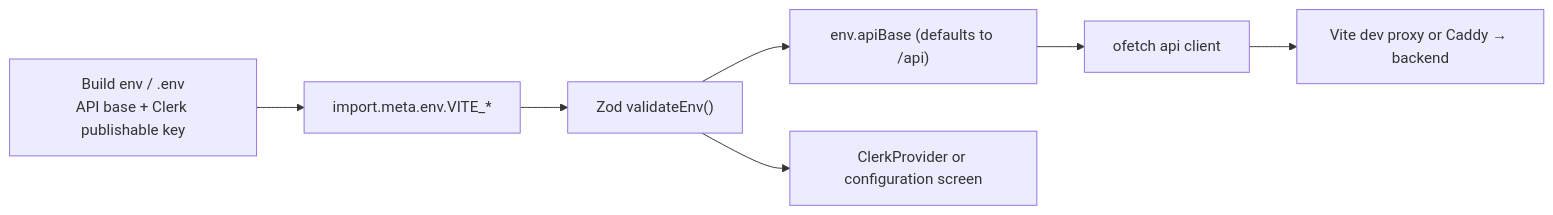
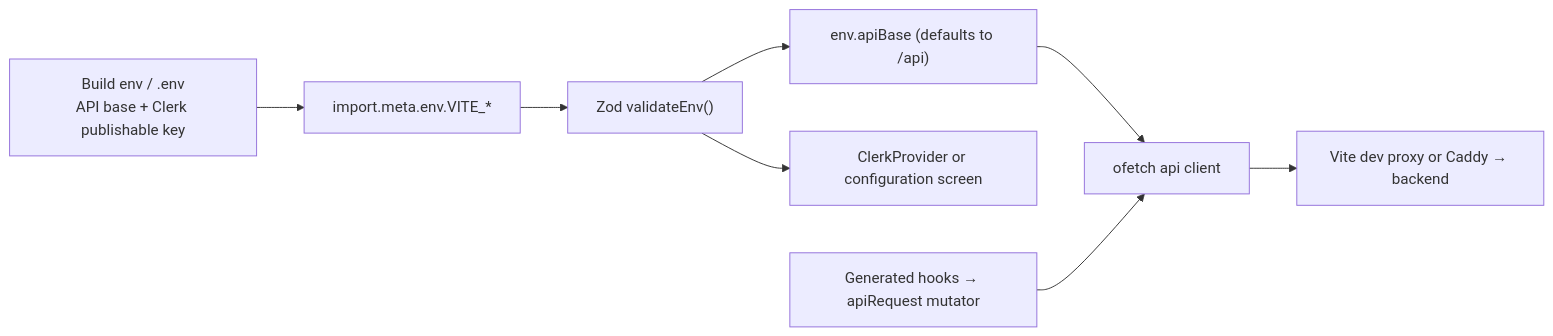
One commit to johnakisk0700/slopform changed the diagram in docs/frontend.md. Above: the diagram before and after it, drawn with Mermaid. The commit also changed other lines of this file and 106 other files, not shown here.

First line of the commit message:
feat: generate the admin API client from the backend OpenAPI document

````diff
--- a/docs/frontend.md
+++ b/docs/frontend.md
@@ -163,9 +168,10 @@
 ```mermaid
 flowchart LR
   build["Build env / .env\nAPI base + Clerk publishable key"] --> expose["import.meta.env.VITE_*"]
   expose --> zod["Zod validateEnv()"]
   zod --> base["env.apiBase (defaults to /api)"]
   zod --> clerk["ClerkProvider or configuration screen"]
   base --> client["ofetch api client"]
+  hooks["Generated hooks → apiRequest mutator"] --> client
   client --> proxy["Vite dev proxy or Caddy → backend"]
 ```
````
